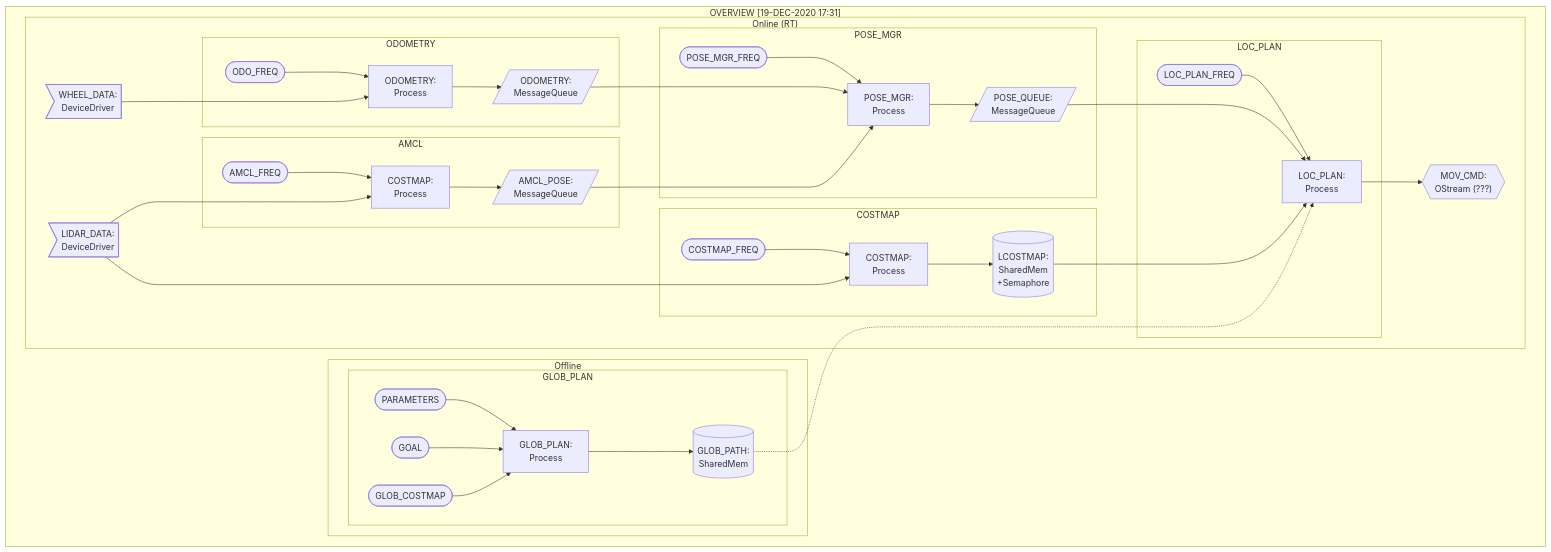
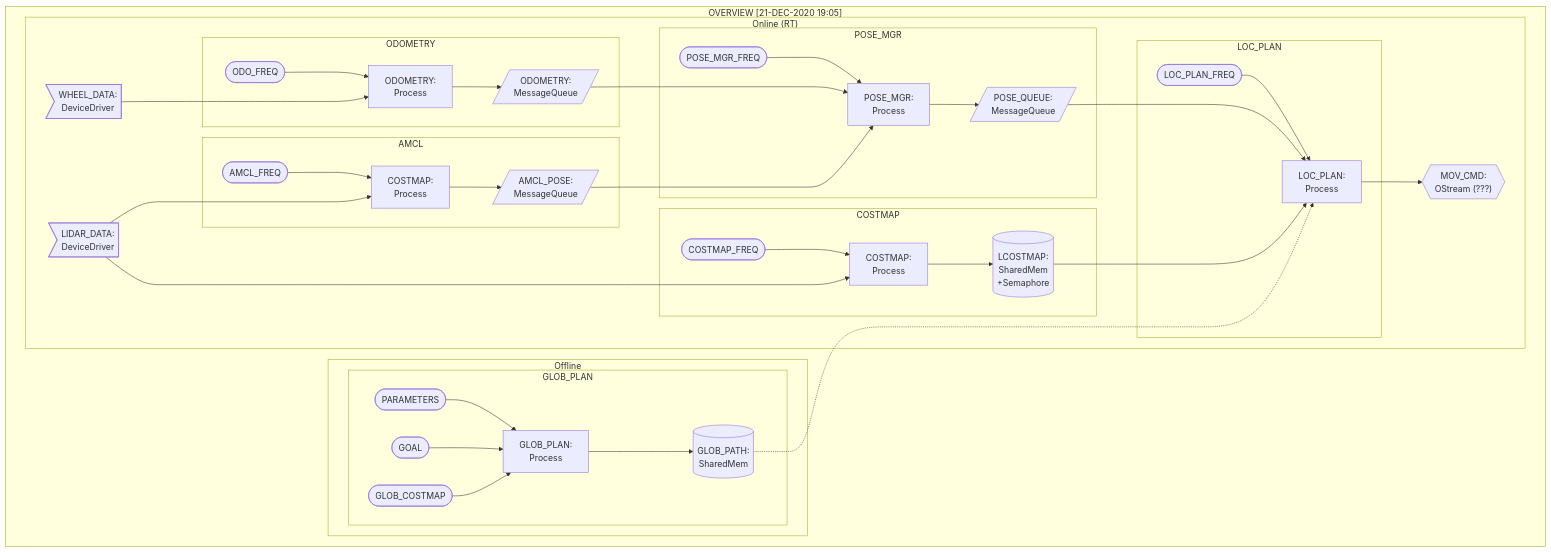
The diagram in docs/diags/overview.md (iralabdisco/rt-app), drawn with Mermaid before and after one commit. The commit also changed 2 other files, not shown here.

Commit message:
Fixed timestamp and rendered diagram to SVG

````diff
--- a/docs/diags/overview.md
+++ b/docs/diags/overview.md
@@ -6,6 +6,6 @@
 ```mermaid
 graph TD
-	subgraph OVERVIEW ["OVERVIEW [19-DEC-2020  17:31]"]
+	subgraph OVERVIEW ["OVERVIEW [21-DEC-2020  19:05]"]
 		subgraph ONLINE ["Online (RT)"]
 			%% DATA
 			wheel_data>"WHEEL_DATA:<br>DeviceDriver"]
````
